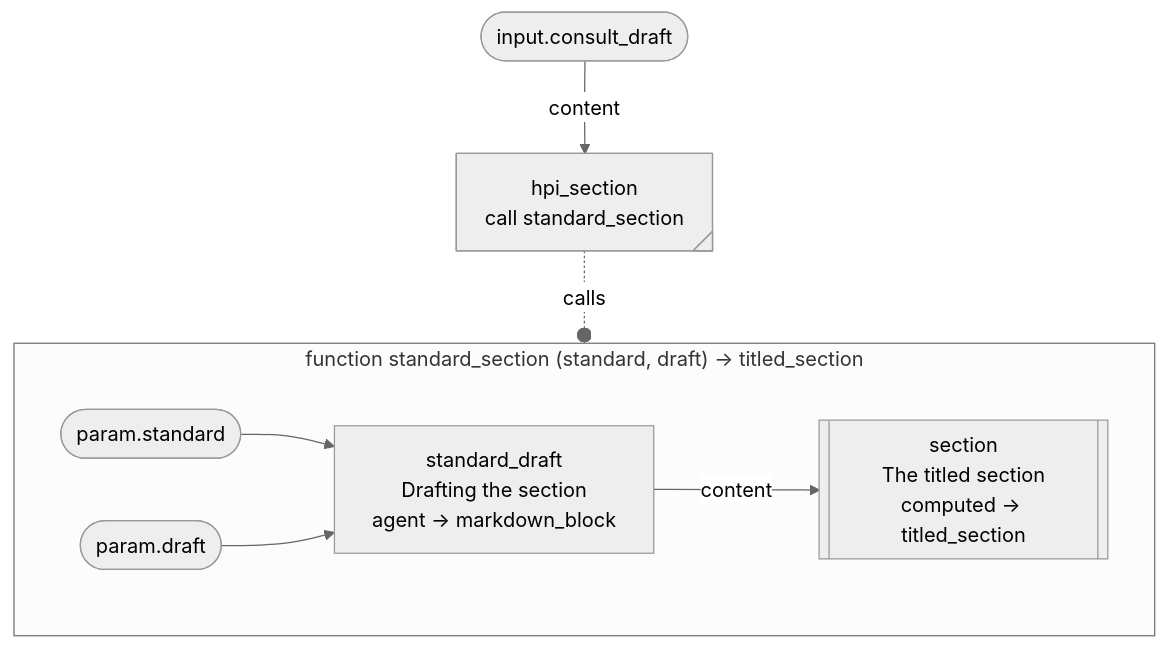
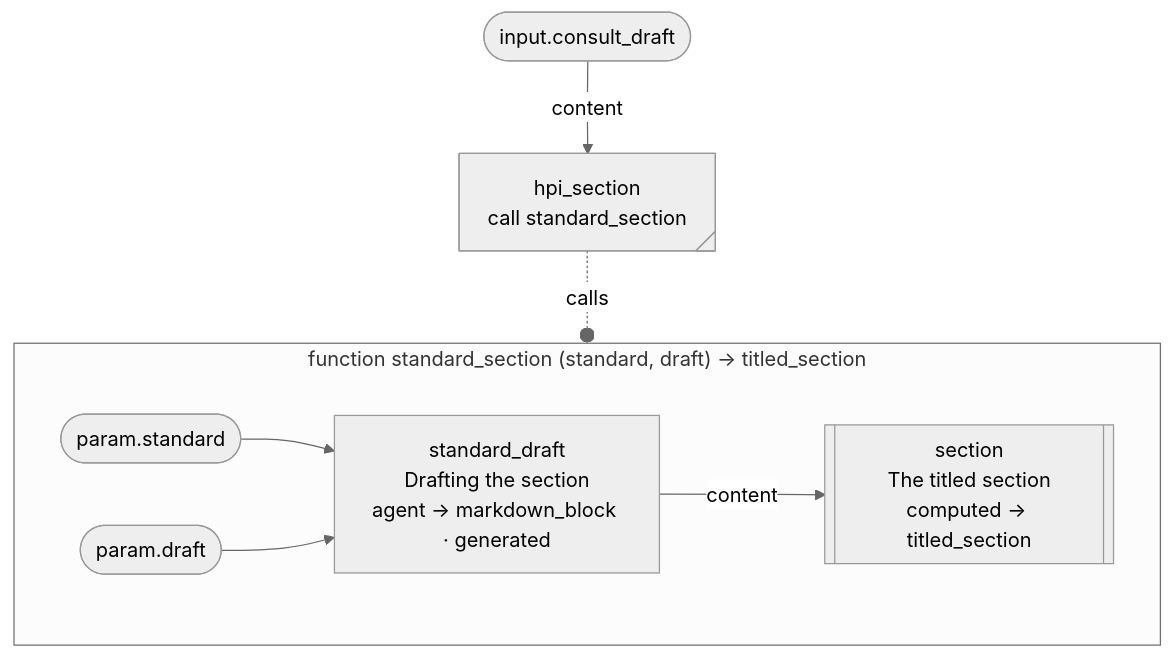
Before and after one commit to Consultologist/Consultologist-Blazor: the third of 3 diagrams in docs/customizable-workflow/package-format-v31/09-engine-and-pages.md, drawn with Mermaid (neutral theme). The commit also changed other lines of this file and 9 other files, not shown here.

````diff
--- a/docs/customizable-workflow/package-format-v31/09-engine-and-pages.md
+++ b/docs/customizable-workflow/package-format-v31/09-engine-and-pages.md
@@ -723,16 +756,16 @@
 ```mermaid
 flowchart TD
     input__consult_draft(["input.consult_draft"])
     node__hpi_section@{ shape: tag-rect, label: "hpi_section<br/>call standard_section" }
     subgraph fn_standard_section["function standard_section (standard, draft) → titled_section"]
         param__standard(["param.standard"])
         param__draft(["param.draft"])
-        fn_standard_section__node__standard_draft["standard_draft<br/>Drafting the section<br/>agent → markdown_block"]
+        fn_standard_section__node__standard_draft["standard_draft<br/>Drafting the section<br/>agent → markdown_block · generated"]
         fn_standard_section__node__section[["section<br/>The titled section<br/>computed → titled_section"]]
         param__standard --> fn_standard_section__node__standard_draft
         param__draft --> fn_standard_section__node__standard_draft
         fn_standard_section__node__standard_draft -->|"content"| fn_standard_section__node__section
     end
     input__consult_draft -->|"content"| node__hpi_section
     node__hpi_section -.-o|"calls"| fn_standard_section
 ```
````
